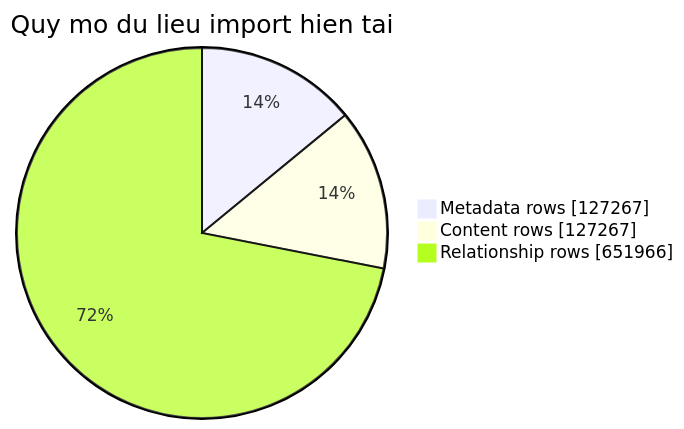
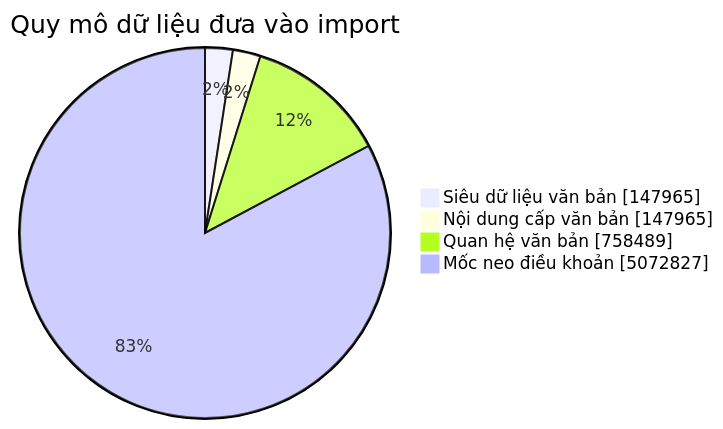
One commit to LeHoangAnh-self/Law-Assistant changed the second of 3 diagrams in README.md. Above: the diagram before and after it, drawn with Mermaid. The commit also changed other lines of this file and 33 other files, not shown here.

````diff
--- a/README.md
+++ b/README.md
@@ -110,7 +110,8 @@
 ```mermaid
 pie showData
-    title Quy mo du lieu import hien tai
-    "Metadata rows" : 127267
-    "Content rows" : 127267
-    "Relationship rows" : 651966
+    title Quy mô dữ liệu đưa vào import
+    "Siêu dữ liệu văn bản" : 147965
+    "Nội dung cấp văn bản" : 147965
+    "Quan hệ văn bản" : 758489
+    "Mốc neo điều khoản" : 5072827
 ```
````
